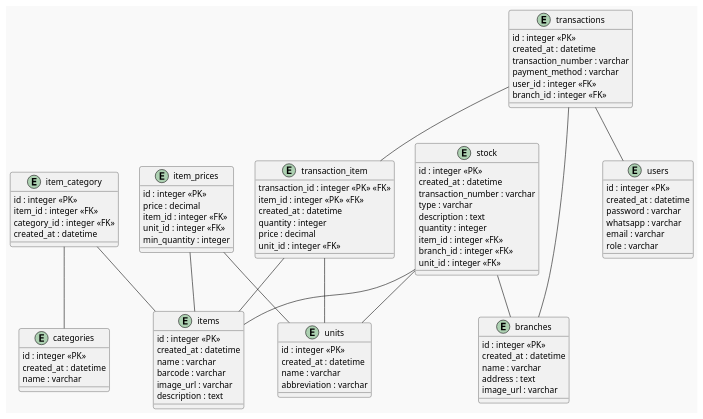
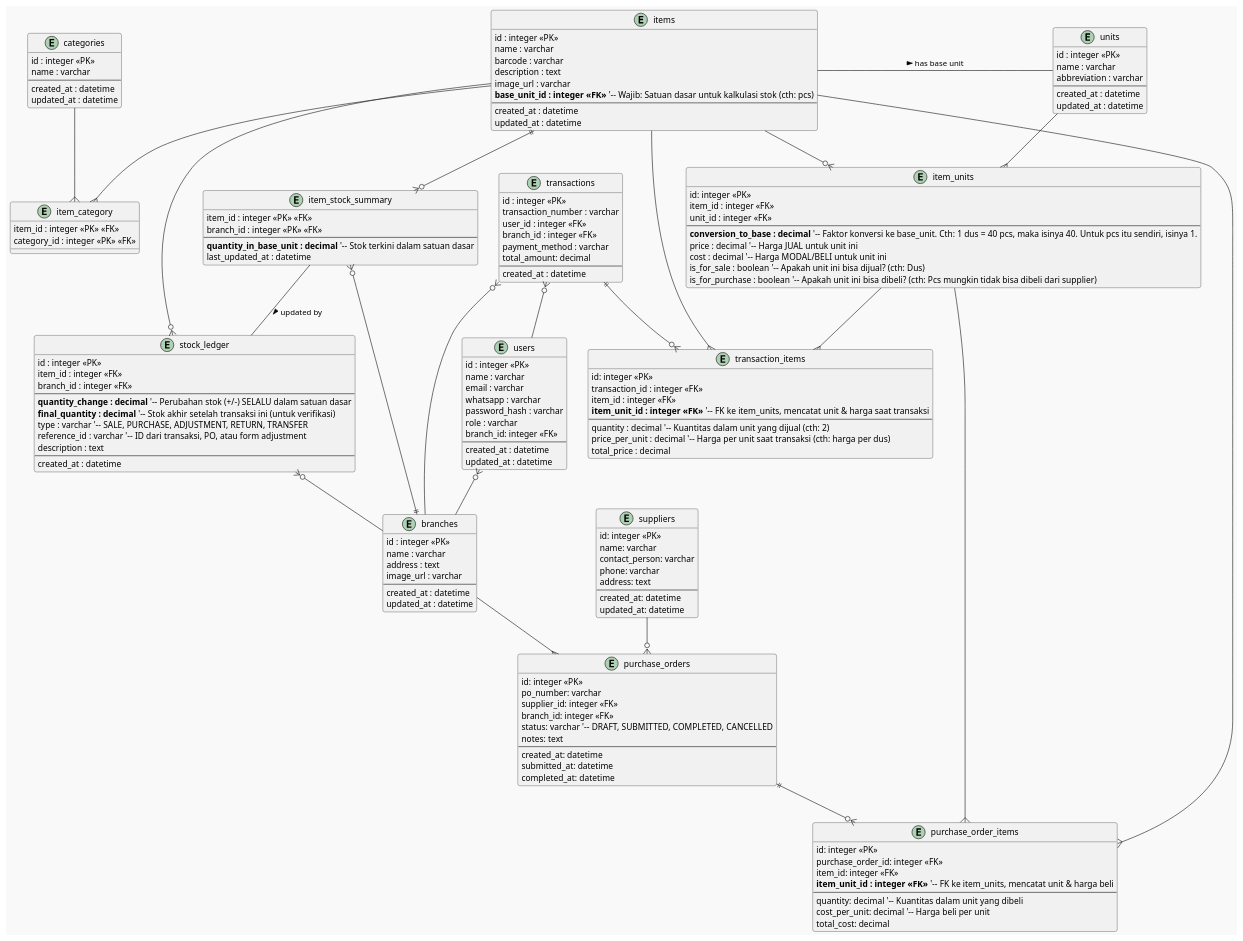
The diagram in docs/arch/erd.puml (oskhar/payment-system), drawn with PlantUML before and after one commit. The commit also changed 1 other file, not shown here.

Commit message:
♻️ refactor(data-processing): unit problem erd

```diff
--- a/docs/arch/erd.puml
+++ b/docs/arch/erd.puml
@@ -1,106 +1,210 @@
 @startuml
 !theme mars
 
-entity categories {
+' -- Penjelasan Perubahan Best Practice --
+' 1. ITEMS memiliki "base_unit_id" sebagai satuan dasar wajib untuk kalkulasi stok.
+' 2. ITEM_UNITS (menggantikan item_prices) adalah tabel pusat yang menyimpan harga JUAL/BELI per unit DAN faktor konversi ke satuan dasar.
+' 3. STOCK_LEDGER adalah buku besar (wajib audit) yang mencatat SEMUA pergerakan stok dalam SATUAN DASAR.
+' 4. ITEM_STOCK_SUMMARY adalah tabel ringkasan untuk performa query stok yang sangat cepat.
+' 5. Penambahan struktur PURCHASE (Pemesanan Pembelian) untuk melengkapi alur masuk barang secara profesional.
+' --
+
+' ===================================
+' ====== CORE PRODUCT & UNITS =======
+' ===================================
+entity "categories" as cat {
   id : integer <<PK>>
+  name : varchar
+  --
   created_at : datetime
-  name : varchar
+  updated_at : datetime
 }
 
-entity items {
+entity "items" as i {
   id : integer <<PK>>
-  created_at : datetime
   name : varchar
   barcode : varchar
+  description : text
   image_url : varchar
-  description : text
+  **base_unit_id : integer <<FK>>** '-- Wajib: Satuan dasar untuk kalkulasi stok (cth: pcs)
+  --
+  created_at : datetime
+  updated_at : datetime
 }
 
-entity item_category {
+entity "item_category" as ic {
+  item_id : integer <<PK>> <<FK>>
+  category_id : integer <<PK>> <<FK>>
+}
+
+entity "units" as u {
+  id : integer <<PK>>
+  name : varchar
+  abbreviation : varchar
+  --
+  created_at : datetime
+  updated_at : datetime
+}
+
+' Tabel ini adalah JANTUNG dari manajemen unit & harga
+entity "item_units" as iu {
+  id: integer <<PK>>
+  item_id : integer <<FK>>
+  unit_id : integer <<FK>>
+  --
+  **conversion_to_base : decimal** '-- Faktor konversi ke base_unit. Cth: 1 dus = 40 pcs, maka isinya 40. Untuk pcs itu sendiri, isinya 1.
+  price : decimal '-- Harga JUAL untuk unit ini
+  cost : decimal '-- Harga MODAL/BELI untuk unit ini
+  is_for_sale : boolean '-- Apakah unit ini bisa dijual? (cth: Dus)
+  is_for_purchase : boolean '-- Apakah unit ini bisa dibeli? (cth: Pcs mungkin tidak bisa dibeli dari supplier)
+}
+
+
+' ===================================
+' ========= INVENTORY (STOK) ========
+' ===================================
+entity "branches" as b {
+  id : integer <<PK>>
+  name : varchar
+  address : text
+  image_url : varchar
+  --
+  created_at : datetime
+  updated_at : datetime
+}
+
+' Best Practice: Tabel ringkasan untuk cek stok cepat
+entity "item_stock_summary" as iss {
+  item_id : integer <<PK>> <<FK>>
+  branch_id : integer <<PK>> <<FK>>
+  --
+  **quantity_in_base_unit : decimal** '-- Stok terkini dalam satuan dasar
+  last_updated_at : datetime
+}
+
+' Best Practice: Buku besar semua transaksi stok (untuk audit)
+entity "stock_ledger" as sl {
   id : integer <<PK>>
   item_id : integer <<FK>>
-  category_id : integer <<FK>>
+  branch_id : integer <<FK>>
+  --
+  **quantity_change : decimal** '-- Perubahan stok (+/-) SELALU dalam satuan dasar
+  **final_quantity : decimal** '-- Stok akhir setelah transaksi ini (untuk verifikasi)
+  type : varchar '-- SALE, PURCHASE, ADJUSTMENT, RETURN, TRANSFER
+  reference_id : varchar '-- ID dari transaksi, PO, atau form adjustment
+  description : text
+  --
   created_at : datetime
 }
 
-entity units {
+' ===================================
+' ======== SALES (PENJUALAN) ========
+' ===================================
+entity "users" as usr {
   id : integer <<PK>>
+  name : varchar
+  email : varchar
+  whatsapp : varchar
+  password_hash : varchar
+  role : varchar
+  branch_id: integer <<FK>>
+  --
   created_at : datetime
-  name : varchar
-  abbreviation : varchar
+  updated_at : datetime
 }
 
-entity item_prices {
+entity "transactions" as t {
   id : integer <<PK>>
-  price : decimal
-  item_id : integer <<FK>>
-  unit_id : integer <<FK>>
-  min_quantity : integer
+  transaction_number : varchar
+  user_id : integer <<FK>>
+  branch_id : integer <<FK>>
+  payment_method : varchar
+  total_amount: decimal
+  --
+  created_at : datetime
 }
 
-entity stock {
-  id : integer <<PK>>
-  created_at : datetime
-  transaction_number : varchar
-  type : varchar
-  description : text
-  quantity : integer
+entity "transaction_items" as ti {
+  id: integer <<PK>>
+  transaction_id : integer <<FK>>
   item_id : integer <<FK>>
-  branch_id : integer <<FK>>
-  unit_id : integer <<FK>>
+  **item_unit_id : integer <<FK>>** '-- FK ke item_units, mencatat unit & harga saat transaksi
+  --
+  quantity : decimal '-- Kuantitas dalam unit yang dijual (cth: 2)
+  price_per_unit : decimal '-- Harga per unit saat transaksi (cth: harga per dus)
+  total_price : decimal
 }
 
-entity branches {
-  id : integer <<PK>>
-  created_at : datetime
-  name : varchar
-  address : text
-  image_url : varchar
+' ===================================
+' ====== PURCHASING (PEMBELIAN) =====
+' ===================================
+entity "suppliers" as sup {
+  id: integer <<PK>>
+  name: varchar
+  contact_person: varchar
+  phone: varchar
+  address: text
+  --
+  created_at: datetime
+  updated_at: datetime
 }
 
-entity users {
-  id : integer <<PK>>
-  created_at : datetime
-  password : varchar
-  whatsapp : varchar
-  email : varchar
-  role : varchar
+entity "purchase_orders" as po {
+    id: integer <<PK>>
+    po_number: varchar
+    supplier_id: integer <<FK>>
+    branch_id: integer <<FK>>
+    status: varchar '-- DRAFT, SUBMITTED, COMPLETED, CANCELLED
+    notes: text
+    --
+    created_at: datetime
+    submitted_at: datetime
+    completed_at: datetime
 }
 
-entity transactions {
-  id : integer <<PK>>
-  created_at : datetime
-  transaction_number : varchar
-  payment_method : varchar
-  user_id : integer <<FK>>
-  branch_id : integer <<FK>>
+entity "purchase_order_items" as poi {
+    id: integer <<PK>>
+    purchase_order_id: integer <<FK>>
+    item_id: integer <<FK>>
+    **item_unit_id : integer <<FK>>** '-- FK ke item_units, mencatat unit & harga beli
+    --
+    quantity: decimal '-- Kuantitas dalam unit yang dibeli
+    cost_per_unit: decimal '-- Harga beli per unit
+    total_cost: decimal
 }
 
-entity transaction_item {
-  transaction_id : integer <<PK>> <<FK>>
-  item_id : integer <<PK>> <<FK>>
-  created_at : datetime
-  quantity : integer
-  price : decimal
-  unit_id : integer <<FK>>
-}
 
-' Relationships'
-item_category -- categories
-item_category -- items
+' ===================================
+' =========== RELATIONSHIPS =========
+' ===================================
+' Product Relationships
+i --{ ic
+cat --{ ic
+i --o{ iu
+u --{ iu
+i --right- u : "has base unit >"
 
-item_prices -- items
-item_prices -- units
+' Inventory Relationships
+i ||--o{ iss
+b ||--o{ iss
+sl }o-- i
+sl }o-- b
+iss -- sl : "updated by >"
 
-stock -- items
-stock -- branches
-stock -- units
+' Sales Relationships
+t }o-- usr
+t }o-- b
+t ||--o{ ti
+i --{ ti
+iu --{ ti
 
-transactions -- branches
-transactions -- users
-transactions -- transaction_item
+' Purchasing Relationships
+sup --o{ po
+po ||--o{ poi
+b --{ po
+i --{ poi
+iu --{ poi
 
-transaction_item -- items
-transaction_item -- units
-
+' User-Branch Relationship
+usr }o-- b
 @enduml
```
